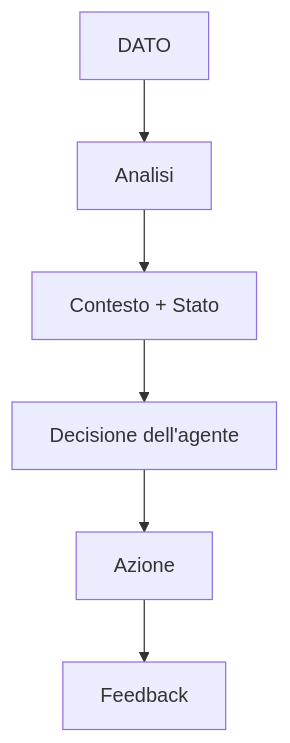
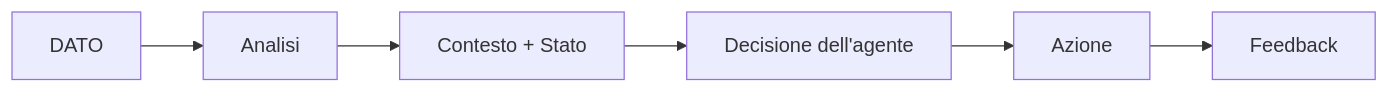
One commit to giuliacacciamani17/v2-redpanda-agentic-smart-factory changed the third of 4 diagrams in docs/02-agentic-data-plane.md. Above: the diagram before and after it, drawn with Mermaid.

Commit message:
docs: agentic- data-plane doc modified

````diff
--- a/docs/02-agentic-data-plane.md
+++ b/docs/02-agentic-data-plane.md
@@ -112,8 +112,8 @@
 ```mermaid
-flowchart TD
+flowchart LR
     A[DATO] --> B[Analisi]
     B --> C[Contesto + Stato]
     C --> D["Decisione dell'agente"]
     D --> E[Azione]
     E --> F[Feedback]
 ```
````
